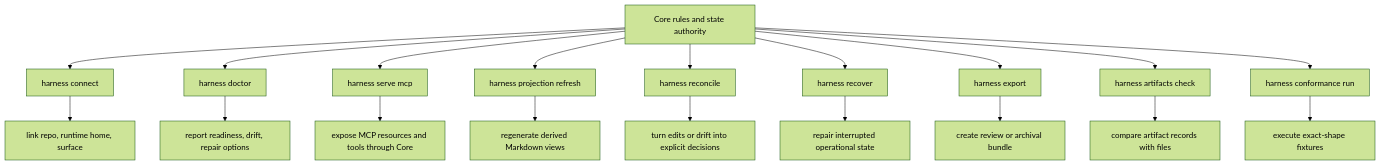
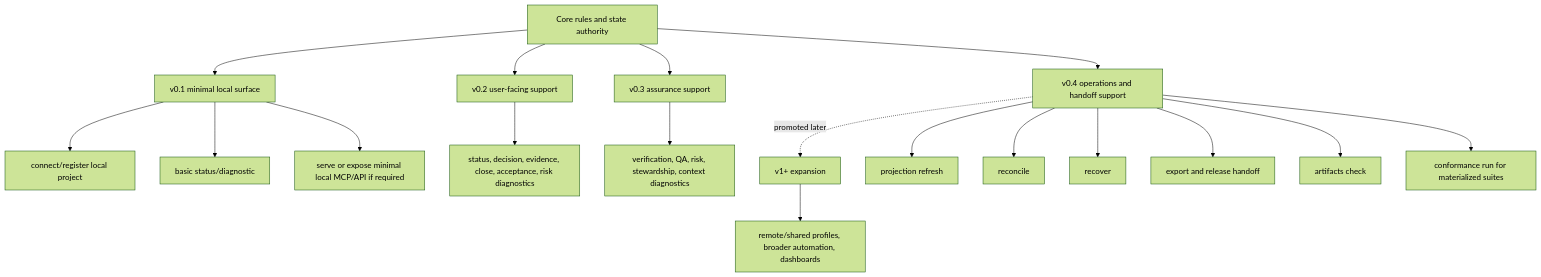
The first of 11 diagrams in docs/en/reference/operations-and-conformance.md (minjungw00/Harness_Project), drawn with Mermaid (forest theme) before and after one commit. The commit also changed other lines of this file and 9 other files, not shown here.

````diff
--- a/docs/en/reference/operations-and-conformance.md
+++ b/docs/en/reference/operations-and-conformance.md
@@ -83,22 +81,21 @@
 ```mermaid
 flowchart TD
   Core["Core rules and state authority"]
-  Core --> Connect["harness connect"]
-  Core --> Doctor["harness doctor"]
-  Core --> Serve["harness serve mcp"]
-  Core --> Refresh["harness projection refresh"]
-  Core --> Reconcile["harness reconcile"]
-  Core --> Recover["harness recover"]
-  Core --> Export["harness export"]
-  Core --> Artifacts["harness artifacts check"]
-  Core --> Conformance["harness conformance run"]
-  Connect --> Setup["link repo, runtime home, surface"]
-  Doctor --> Readiness["report readiness, drift, repair options"]
-  Serve --> MCP["expose MCP resources and tools through Core"]
-  Refresh --> Projection["regenerate derived Markdown views"]
-  Reconcile --> Decisions["turn edits or drift into explicit decisions"]
-  Recover --> Repair["repair interrupted operational state"]
-  Export --> Bundle["create review or archival bundle"]
-  Artifacts --> Integrity["compare artifact records with files"]
-  Conformance --> Fixtures["execute exact-shape fixtures"]
+  Core --> V01["v0.1 minimal local surface"]
+  Core --> V02["v0.2 user-facing support"]
+  Core --> V03["v0.3 assurance support"]
+  Core --> V04["v0.4 operations and handoff support"]
+  V04 -. promoted later .-> V1["v1+ expansion"]
+  V01 --> Connect["connect/register local project"]
+  V01 --> Status["basic status/diagnostic"]
+  V01 --> Serve["serve or expose minimal local MCP/API if required"]
+  V02 --> MVPDiag["status, decision, evidence, close, acceptance, risk diagnostics"]
+  V03 --> Assurance["verification, QA, risk, stewardship, context diagnostics"]
+  V04 --> Refresh["projection refresh"]
+  V04 --> Reconcile["reconcile"]
+  V04 --> Recover["recover"]
+  V04 --> Export["export and release handoff"]
+  V04 --> Artifacts["artifacts check"]
+  V04 --> Conformance["conformance run for materialized suites"]
+  V1 --> Expansion["remote/shared profiles, broader automation, dashboards"]
 ```
````
